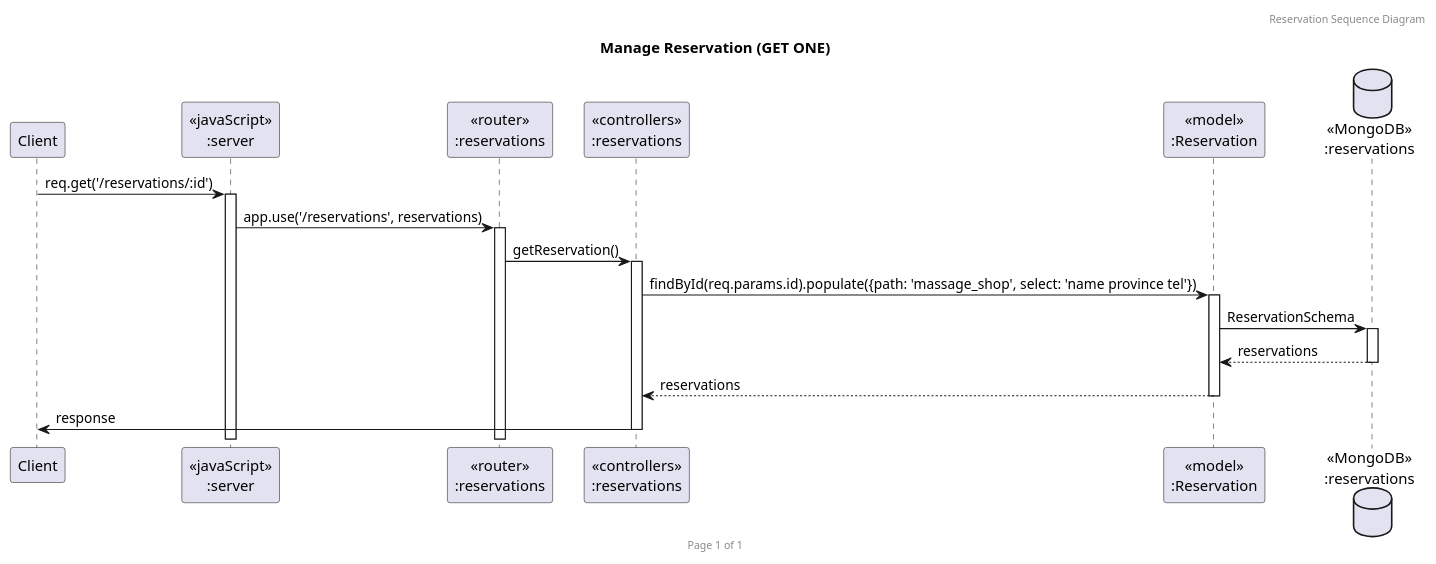
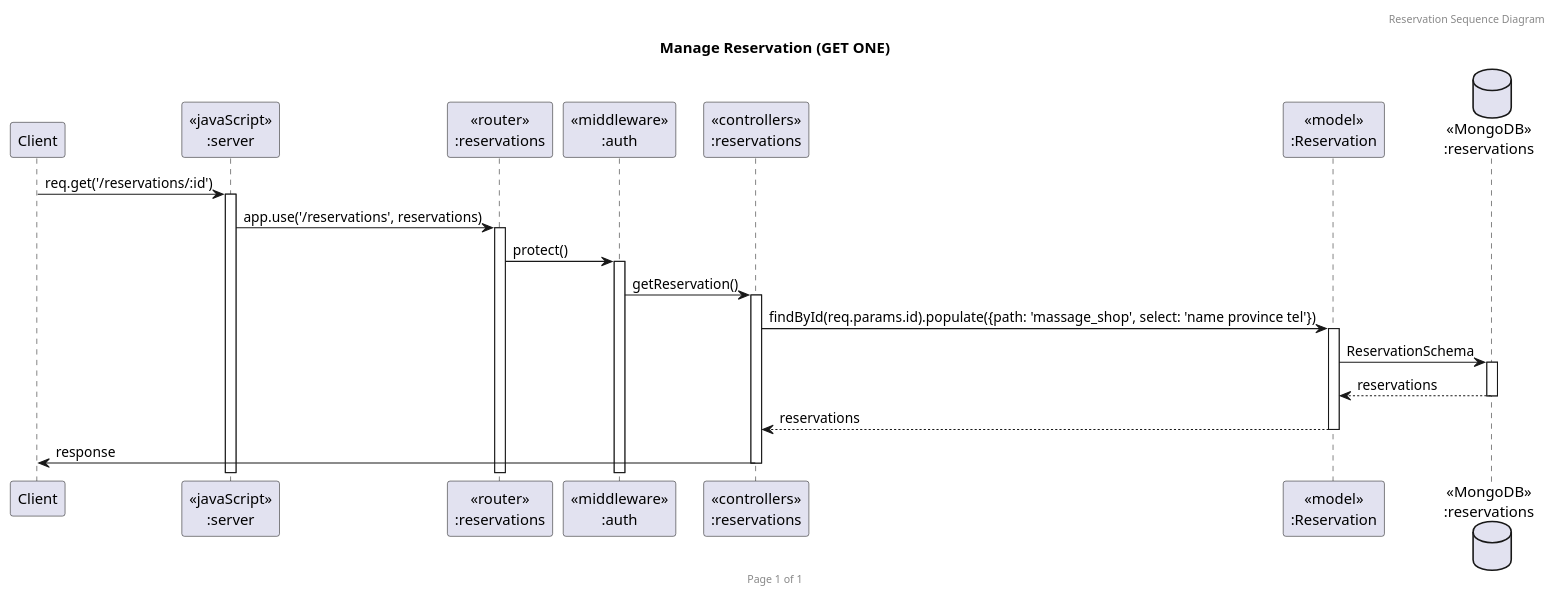
The diagram in GetOneRes.puml (2110503TACEDT66/presentation-day-1-organic-soi-ju), drawn with PlantUML before and after one commit. The commit also changed 3 other files, not shown here.

```diff
--- a/GetOneRes.puml
+++ b/GetOneRes.puml
@@ -1,23 +1,25 @@
 @startuml Manage Reservation (GET ONE)
 
 header Reservation Sequence Diagram
 footer Page %page% of %lastpage%
 title "Manage Reservation (GET ONE)"
 
 participant "Client" as client
 participant "<<javaScript>>\n:server" as server
 participant "<<router>>\n:reservations" as routerReservations
+participant "<<middleware>>\n:auth" as middleware
 participant "<<controllers>>\n:reservations" as controllersReservations
 participant "<<model>>\n:Reservation" as modelReservation
 database "<<MongoDB>>\n:reservations" as ReservationsDatabase
 
 client->server ++:req.get('/reservations/:id')
 server->routerReservations ++:app.use('/reservations', reservations)
-routerReservations -> controllersReservations ++:getReservation()
+routerReservations -> middleware ++: protect()
+middleware -> controllersReservations ++:getReservation()
 controllersReservations -> modelReservation ++: findById(req.params.id).populate({path: 'massage_shop', select: 'name province tel'})
 modelReservation ->ReservationsDatabase ++: ReservationSchema
 ReservationsDatabase --> modelReservation --: reservations
 controllersReservations <-- modelReservation --:reservations
 controllersReservations->client --:response
 
 @enduml
```
